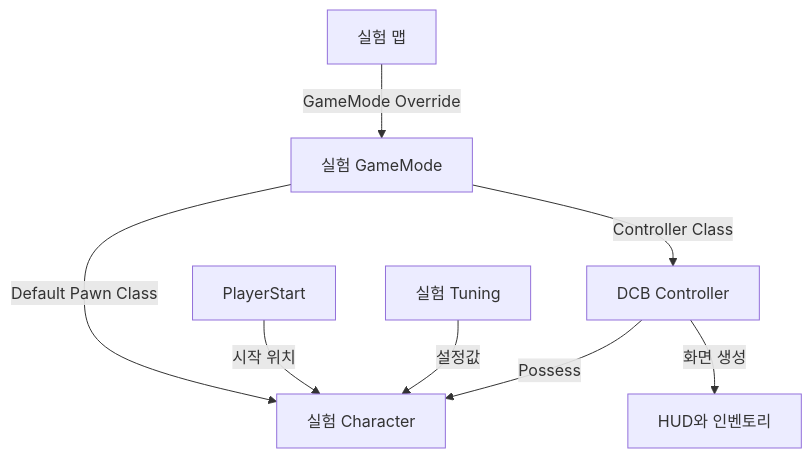
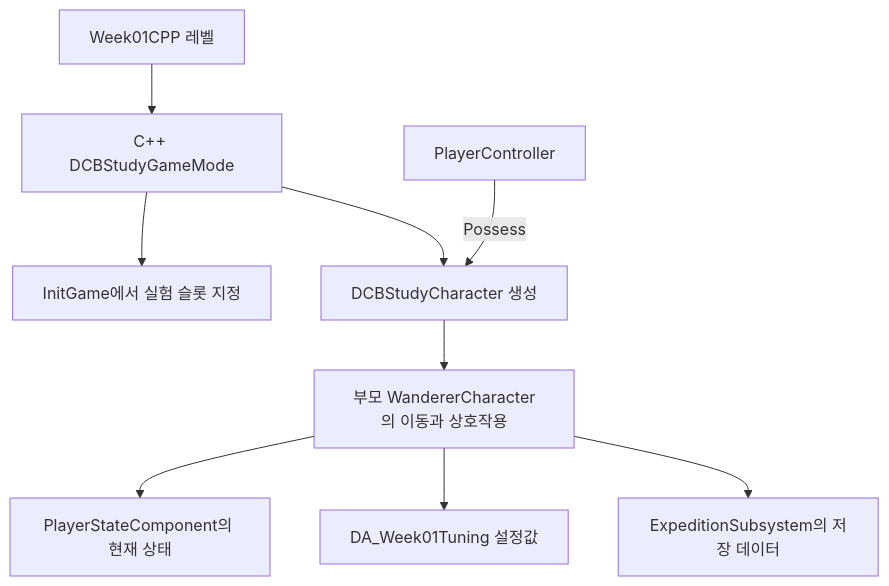
One commit to imjae/imjae.github.io changed the diagram in content/articles/study/dcb-unreal-first-playable-framework.md. Above: the diagram before and after it, drawn with Mermaid. The commit also changed other lines of this file and 3 other files, not shown here.

Commit message:
Rewrite DCB week one and roadmap around native C++

````diff
--- a/content/articles/study/dcb-unreal-first-playable-framework.md
+++ b/content/articles/study/dcb-unreal-first-playable-framework.md
@@ -202,10 +487,11 @@
 ```mermaid
 flowchart TD
-    Level[실험 맵] -->|GameMode Override| Mode[실험 GameMode]
-    Mode -->|Default Pawn Class| Player[실험 Character]
-    Mode -->|Controller Class| Controller[DCB Controller]
-    Start[PlayerStart] -->|시작 위치| Player
-    Controller -->|Possess| Player
-    Controller -->|화면 생성| Widget[HUD와 인벤토리]
-    Data[실험 Tuning] -->|설정값| Player
+    Level[Week01CPP 레벨] --> Mode[C++ DCBStudyGameMode]
+    Mode --> Slot[InitGame에서 실험 슬롯 지정]
+    Mode --> Player[DCBStudyCharacter 생성]
+    Controller[PlayerController] -->|Possess| Player
+    Player --> Base[부모 WandererCharacter의 이동과 상호작용]
+    Base --> State[PlayerStateComponent의 현재 상태]
+    Base --> Tuning[DA_Week01Tuning 설정값]
+    Base --> Save[ExpeditionSubsystem의 저장 데이터]
 ```
````
